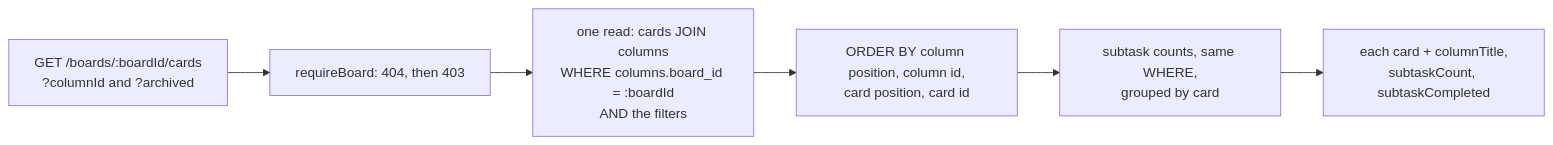
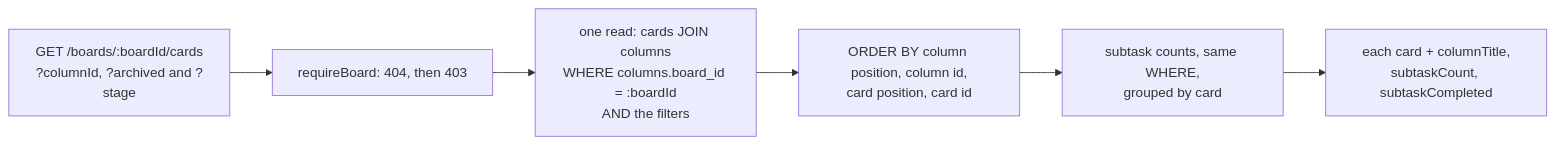
The eighth of 16 diagrams in docs/api-reference.md (gitBoon/DumpFire), drawn with Mermaid before and after one commit. The commit also changed other lines of this file and 20 other files, not shown here.

````diff
--- a/docs/api-reference.md
+++ b/docs/api-reference.md
@@ -2894,8 +3121,8 @@
 ```mermaid
 flowchart LR
-    Q["GET /boards/:boardId/cards<br/>?columnId and ?archived"] --> G["requireBoard: 404, then 403"]
+    Q["GET /boards/:boardId/cards<br/>?columnId, ?archived and ?stage"] --> G["requireBoard: 404, then 403"]
     G --> R["one read: cards JOIN columns<br/>WHERE columns.board_id = :boardId<br/>AND the filters"]
     R --> O["ORDER BY column position, column id,<br/>card position, card id"]
     O --> S["subtask counts, same WHERE,<br/>grouped by card"]
     S --> A["each card + columnTitle,<br/>subtaskCount, subtaskCompleted"]
 ```
````
